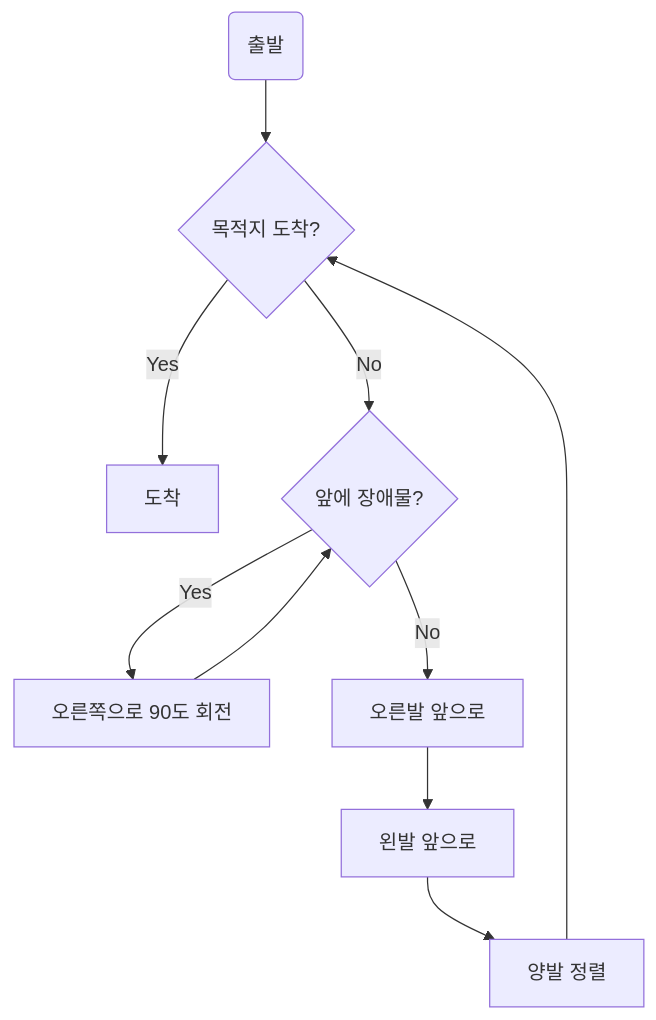
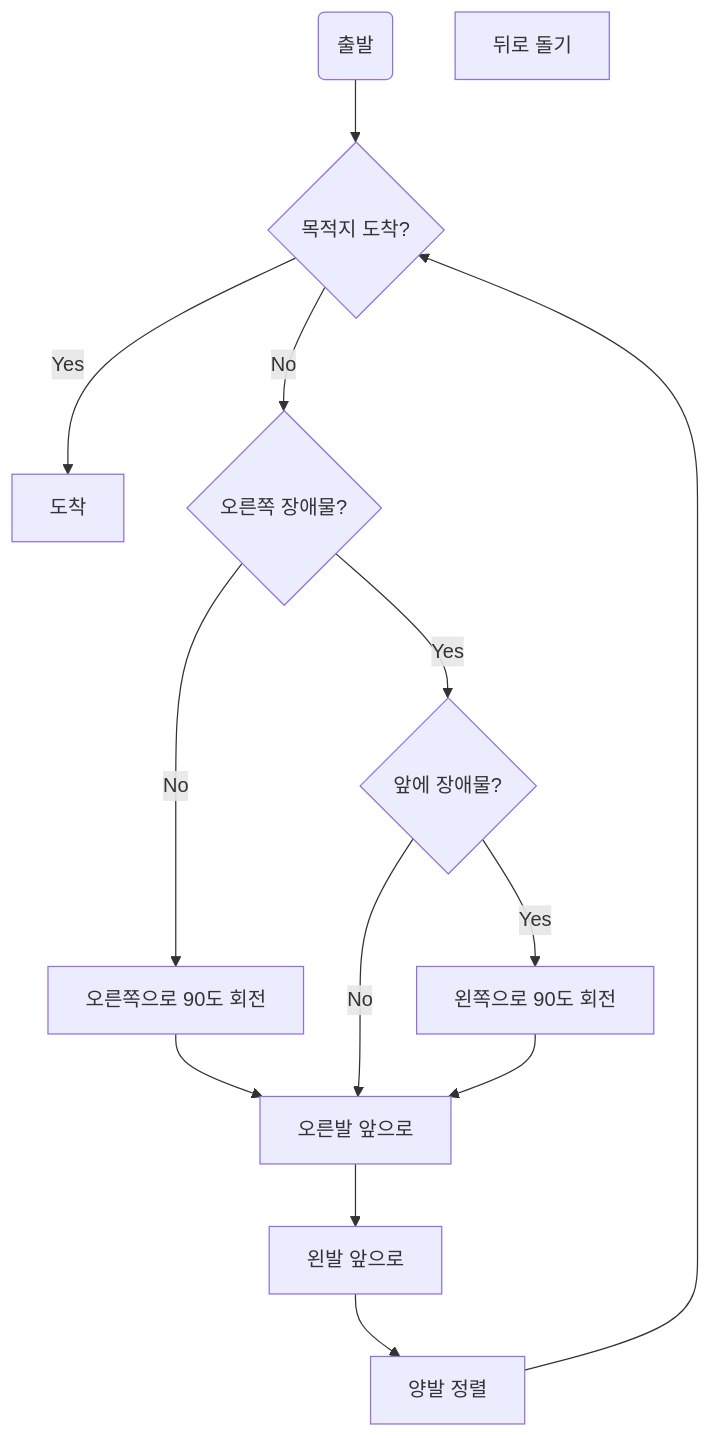
Before and after one commit to totwjfakd/202302-illegalstudy-JS: the diagram in 1주차 1차시.md, drawn with Mermaid.

Commit message:
순서도 변경

````diff
--- a/1주차 1차시.md
+++ b/1주차 1차시.md
@@ -21,18 +21,24 @@
 ```mermaid
 graph TB
 A(출발)-->B;
 B{목적지 도착?} --> |Yes| Z;
 B -->|No| C
-C{앞에 장애물?}
-C --> |Yes| D
+C{오른쪽 장애물?}
+C --> |No| D
 D[오른쪽으로 90도 회전]
-D --> C
+H[뒤로 돌기]
+I{앞에 장애물?}
+D --> E
 E[오른발 앞으로]
 F[왼발 앞으로]
 G[양발 정렬]
-C --> |No| E
+C --> |Yes| I
+I --> |No|E
+I --> |Yes| J
+J[왼쪽으로 90도 회전]
+J --> E
 E --> F
 F --> G
 G --> B
 Z[도착]
 ```
````
